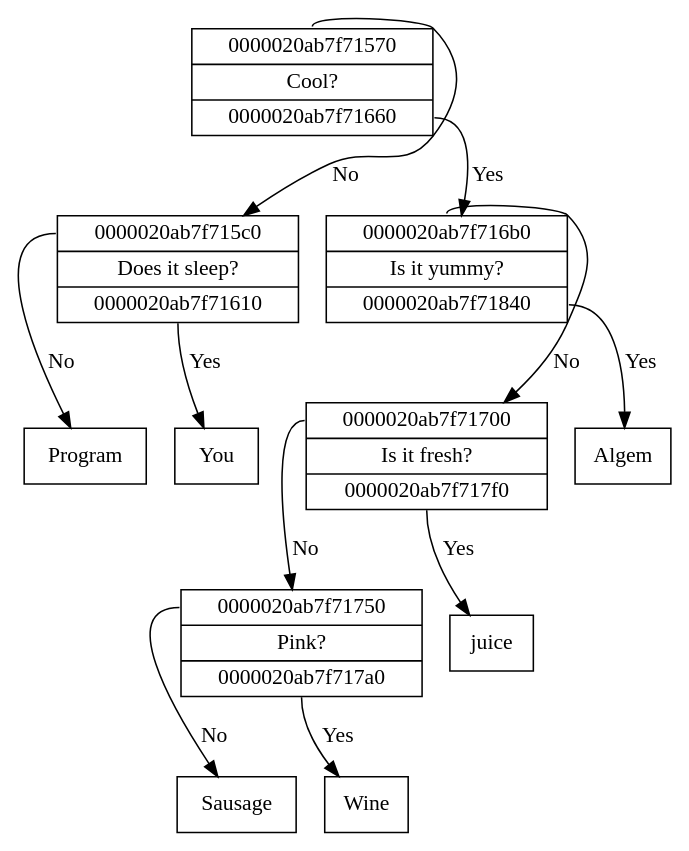
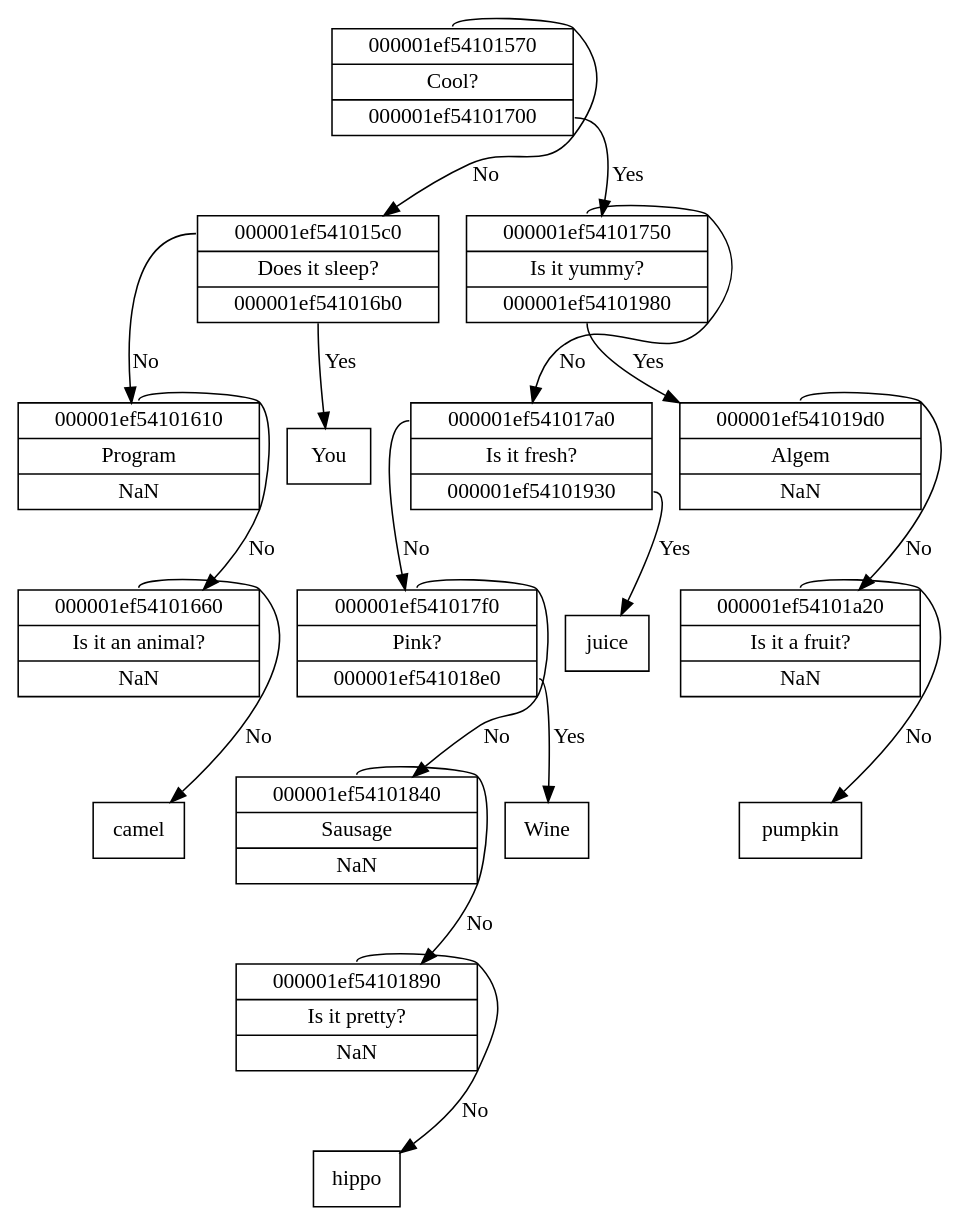
One commit to V13kv/MIPT changed the diagram in First Course/First Semester/Dedinsky Сourse/Akinator/src/graph.dot. Above: the diagram before and after it, drawn with Graphviz. The commit also changed 14 other files, not shown here.

```diff
--- a/First Course/First Semester/Dedinsky Сourse/Akinator/src/graph.dot
+++ b/First Course/First Semester/Dedinsky Сourse/Akinator/src/graph.dot
@@ -1,23 +1,35 @@
 digraph Tree {
-	Node_0000020ab7f71520 [shape="record", label="{ <left> 0000020ab7f71570 | Cool? | <right> 0000020ab7f71660 }"];
-	Node_0000020ab7f71520:<left> -> Node_0000020ab7f71570 [label="No"];
-	Node_0000020ab7f71520:<right> -> Node_0000020ab7f71660 [label="Yes"];
-	Node_0000020ab7f71660 [shape="record", label="{ <left> 0000020ab7f716b0 | Is it yummy? | <right> 0000020ab7f71840 }"];
-	Node_0000020ab7f71660:<left> -> Node_0000020ab7f716b0 [label="No"];
-	Node_0000020ab7f71660:<right> -> Node_0000020ab7f71840 [label="Yes"];
-	Node_0000020ab7f71840 [shape="record", label="{ Algem }"];
-	Node_0000020ab7f716b0 [shape="record", label="{ <left> 0000020ab7f71700 | Is it fresh? | <right> 0000020ab7f717f0 }"];
-	Node_0000020ab7f716b0:<left> -> Node_0000020ab7f71700 [label="No"];
-	Node_0000020ab7f716b0:<right> -> Node_0000020ab7f717f0 [label="Yes"];
-	Node_0000020ab7f717f0 [shape="record", label="{ juice }"];
-	Node_0000020ab7f71700 [shape="record", label="{ <left> 0000020ab7f71750 | Pink? | <right> 0000020ab7f717a0 }"];
-	Node_0000020ab7f71700:<left> -> Node_0000020ab7f71750 [label="No"];
-	Node_0000020ab7f71700:<right> -> Node_0000020ab7f717a0 [label="Yes"];
-	Node_0000020ab7f717a0 [shape="record", label="{ Wine }"];
-	Node_0000020ab7f71750 [shape="record", label="{ Sausage }"];
-	Node_0000020ab7f71570 [shape="record", label="{ <left> 0000020ab7f715c0 | Does it sleep? | <right> 0000020ab7f71610 }"];
-	Node_0000020ab7f71570:<left> -> Node_0000020ab7f715c0 [label="No"];
-	Node_0000020ab7f71570:<right> -> Node_0000020ab7f71610 [label="Yes"];
-	Node_0000020ab7f71610 [shape="record", label="{ You }"];
-	Node_0000020ab7f715c0 [shape="record", label="{ Program }"];
+	Node_000001ef54101520 [shape="record", label="{ <left> 000001ef54101570 | Cool? | <right> 000001ef54101700 }"];
+	Node_000001ef54101520:<left> -> Node_000001ef54101570 [label="No"];
+	Node_000001ef54101520:<right> -> Node_000001ef54101700 [label="Yes"];
+	Node_000001ef54101700 [shape="record", label="{ <left> 000001ef54101750 | Is it yummy? | <right> 000001ef54101980 }"];
+	Node_000001ef54101700:<left> -> Node_000001ef54101750 [label="No"];
+	Node_000001ef54101700:<right> -> Node_000001ef54101980 [label="Yes"];
+	Node_000001ef54101980 [shape="record", label="{ <left> 000001ef541019d0 | Algem | <right> NaN }"];
+	Node_000001ef54101980:<left> -> Node_000001ef541019d0 [label="No"];
+	Node_000001ef541019d0 [shape="record", label="{ <left> 000001ef54101a20 | Is it a fruit? | <right> NaN }"];
+	Node_000001ef541019d0:<left> -> Node_000001ef54101a20 [label="No"];
+	Node_000001ef54101a20 [shape="record", label="{ pumpkin }"];
+	Node_000001ef54101750 [shape="record", label="{ <left> 000001ef541017a0 | Is it fresh? | <right> 000001ef54101930 }"];
+	Node_000001ef54101750:<left> -> Node_000001ef541017a0 [label="No"];
+	Node_000001ef54101750:<right> -> Node_000001ef54101930 [label="Yes"];
+	Node_000001ef54101930 [shape="record", label="{ juice }"];
+	Node_000001ef541017a0 [shape="record", label="{ <left> 000001ef541017f0 | Pink? | <right> 000001ef541018e0 }"];
+	Node_000001ef541017a0:<left> -> Node_000001ef541017f0 [label="No"];
+	Node_000001ef541017a0:<right> -> Node_000001ef541018e0 [label="Yes"];
+	Node_000001ef541018e0 [shape="record", label="{ Wine }"];
+	Node_000001ef541017f0 [shape="record", label="{ <left> 000001ef54101840 | Sausage | <right> NaN }"];
+	Node_000001ef541017f0:<left> -> Node_000001ef54101840 [label="No"];
+	Node_000001ef54101840 [shape="record", label="{ <left> 000001ef54101890 | Is it pretty? | <right> NaN }"];
+	Node_000001ef54101840:<left> -> Node_000001ef54101890 [label="No"];
+	Node_000001ef54101890 [shape="record", label="{ hippo }"];
+	Node_000001ef54101570 [shape="record", label="{ <left> 000001ef541015c0 | Does it sleep? | <right> 000001ef541016b0 }"];
+	Node_000001ef54101570:<left> -> Node_000001ef541015c0 [label="No"];
+	Node_000001ef54101570:<right> -> Node_000001ef541016b0 [label="Yes"];
+	Node_000001ef541016b0 [shape="record", label="{ You }"];
+	Node_000001ef541015c0 [shape="record", label="{ <left> 000001ef54101610 | Program | <right> NaN }"];
+	Node_000001ef541015c0:<left> -> Node_000001ef54101610 [label="No"];
+	Node_000001ef54101610 [shape="record", label="{ <left> 000001ef54101660 | Is it an animal? | <right> NaN }"];
+	Node_000001ef54101610:<left> -> Node_000001ef54101660 [label="No"];
+	Node_000001ef54101660 [shape="record", label="{ camel }"];
 }
```
